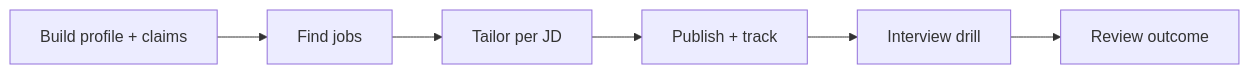
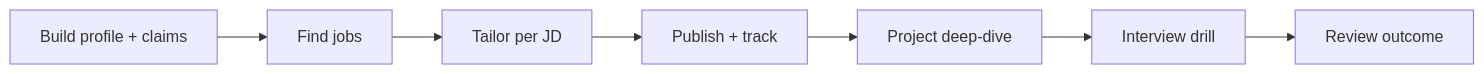
One commit to yu20120707/ai-career-toolkit changed the diagram in README.md. Above: the diagram before and after it, drawn with Mermaid. The commit also changed other lines of this file and 20 other files, not shown here.

````diff
--- a/README.md
+++ b/README.md
@@ -7,8 +7,9 @@
 ```mermaid
 flowchart LR
   B[Build profile + claims] --> J[Find jobs]
   J --> T[Tailor per JD]
   T --> P[Publish + track]
-  P --> I[Interview drill]
+  P --> D[Project deep-dive]
+  D --> I[Interview drill]
   I --> O[Review outcome]
 ```
````
